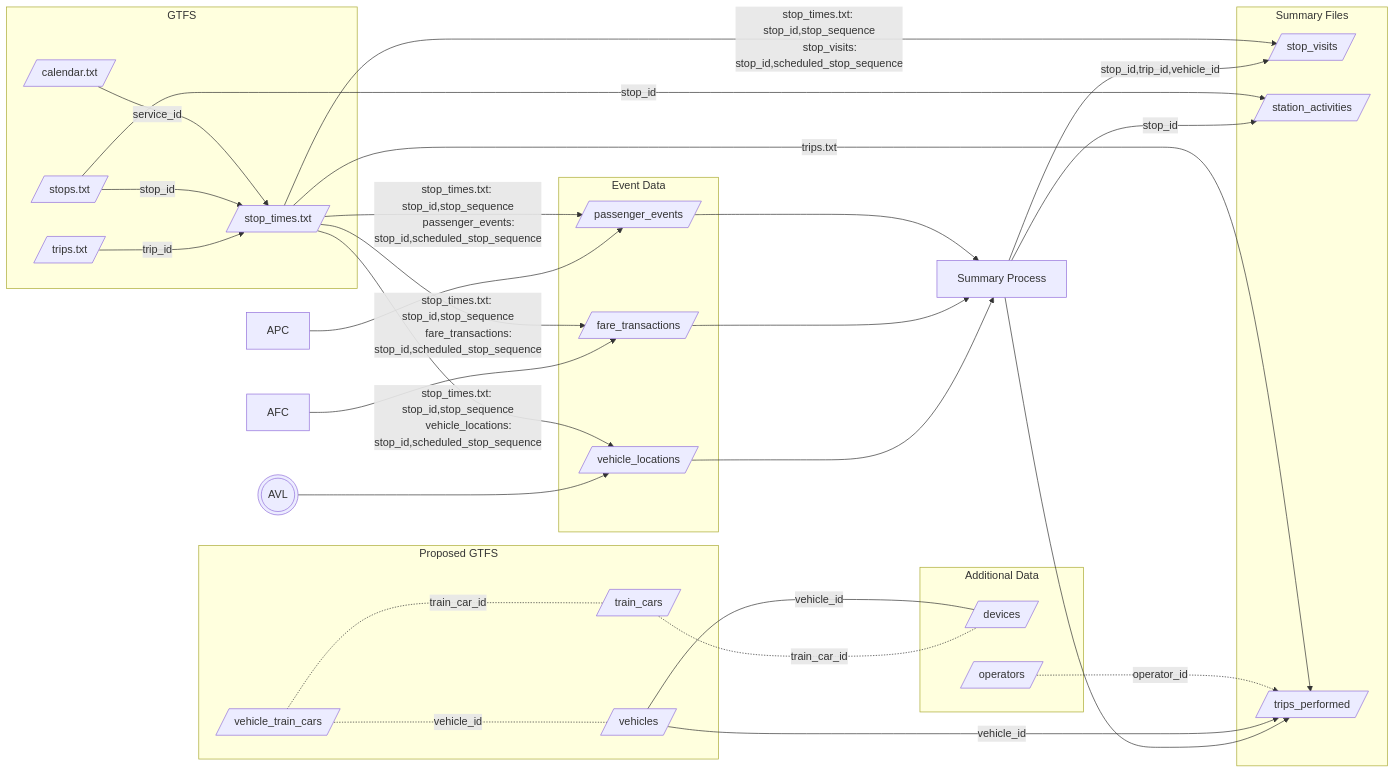
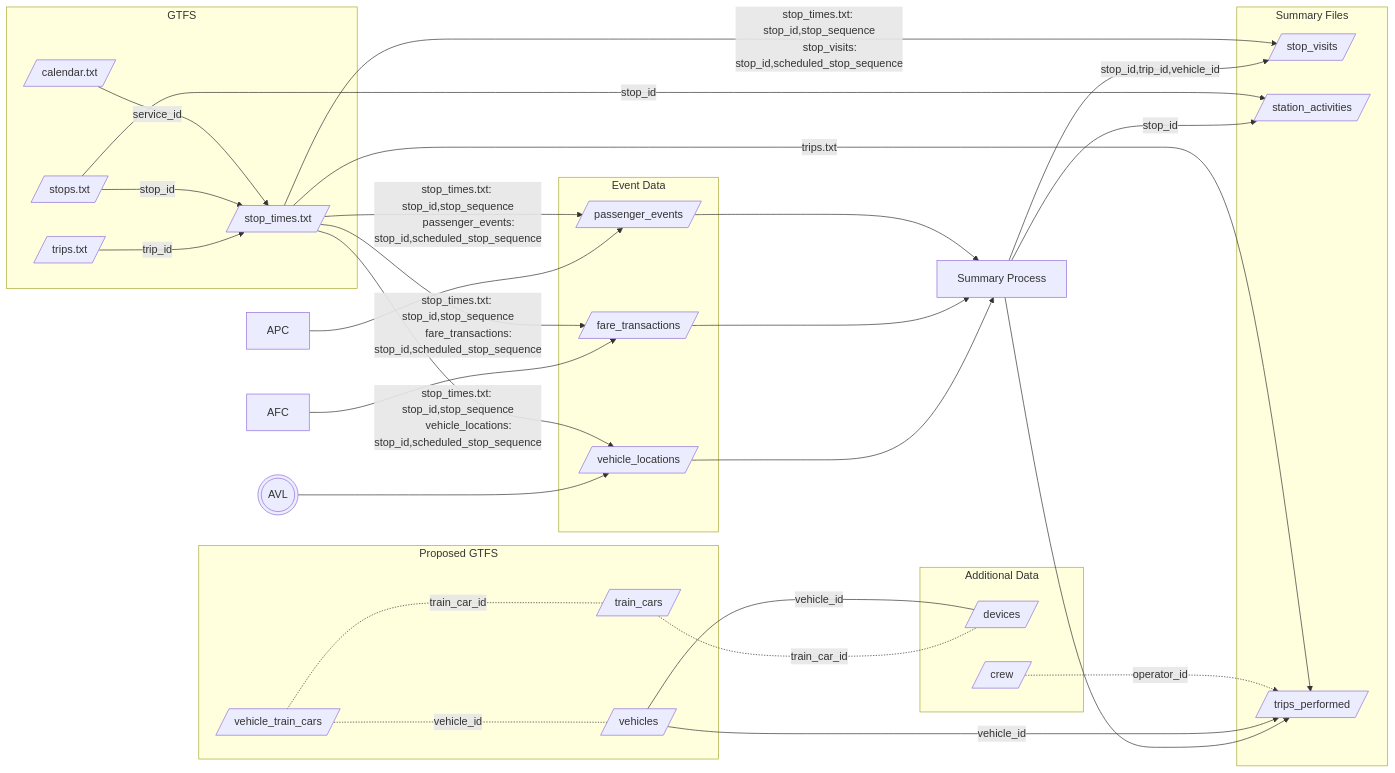
Before and after one commit to TIDES-transit/TIDES: the diagram in docs/architecture.md, drawn with Mermaid.

Commit message:
update architecture diagram for crew table

````diff
--- a/docs/architecture.md
+++ b/docs/architecture.md
@@ -22,77 +22,77 @@
 ```mermaid
 graph LR;
     avl(((AVL))) --> vehicle_locations[/vehicle_locations/]
     APC --> passenger_events[/passenger_events/]
     AFC --> fare_transactions[/fare_transactions/]
     vehicle_locations --> summary[Summary Process]
     fare_transactions --> summary
     passenger_events --> summary
     summary --> |stop_id,trip_id,vehicle_id|stop_visits[/stop_visits/]
     summary -->|stop_id| station_activities[/station_activities/]
     summary --> trips_performed[/trips_performed/]
     trips.txt[/trips.txt/] --> |trip_id| stop_times.txt[/stop_times.txt/]
     stops.txt[/stops.txt/] --> |stop_id|stop_times.txt
     calendar.txt[/calendar.txt/] --> |service_id|stop_times.txt
     vehicle_train_cars[/vehicle_train_cars/] -.vehicle_id.- vehicles[/vehicles/]
     vehicle_train_cars -.- |train_car_id| train_cars[/train_cars/]
     train_cars -.- |train_car_id| devices[/devices/]
     vehicles  --- |vehicle_id| devices
     vehicles --> |vehicle_id|trips_performed
-    operators[/operators/] -.-> |operator_id| trips_performed
+    crew[/crew/] -.-> |operator_id| trips_performed
     stop_times.txt --> |"
         stop_times.txt: stop_id,stop_sequence
         stop_visits: stop_id,scheduled_stop_sequence
     "| stop_visits
     stop_times.txt --> |trips.txt| trips_performed
     stops.txt --> |stop_id|station_activities
     stop_times.txt --> |"
         stop_times.txt: stop_id,stop_sequence
         vehicle_locations: stop_id,scheduled_stop_sequence
     "| vehicle_locations
     stop_times.txt --> |"
         stop_times.txt: stop_id,stop_sequence
         passenger_events: stop_id,scheduled_stop_sequence
     "| passenger_events
     stop_times.txt --> |"
         stop_times.txt: stop_id,stop_sequence
         fare_transactions: stop_id,scheduled_stop_sequence
     "| fare_transactions
     subgraph eventf [Event Data]
         vehicle_locations
         passenger_events
         fare_transactions
     end
     subgraph summaryf [Summary Files]
         station_activities
         stop_visits
         trips_performed
     end
     subgraph gtfs [ GTFS ]
         stop_times.txt
         stops.txt
         trips.txt
         calendar.txt
     end
     subgraph proposedGTFS [ Proposed GTFS ]
         train_cars
         vehicle_train_cars
         vehicles
     end
     subgraph additional [ Additional Data ]
         devices
-        operators
+        crew
     end
     click stops.txt "https://gtfs.org/schedule/reference/#stopstxt"
     click stop_times.txt "https://gtfs.org/schedule/reference/#stop_timestxt"
     click calendar.txt "https://gtfs.org/schedule/reference/#calendartxt"
     click trips.txt "https://gtfs.org/schedule/reference/#tripstxt"
     click station_activities "../tables/#station-activities"
     click stop_visits "../tables/#stop-visits"
     click train_cars "../tables/#train-cars"
     click vehicle_train_cars "../tables/#vehicle-train-cars"
     click vehicles "../tables/#vehicles"
     click devices "../tables/#devices"
     click vehicle_locations "../tables/#vehicle-locations"
     click passenger_events "../tables/#passenger-events"
     click fare_transactions "../tables/#fare-transactions"
 ```
````
